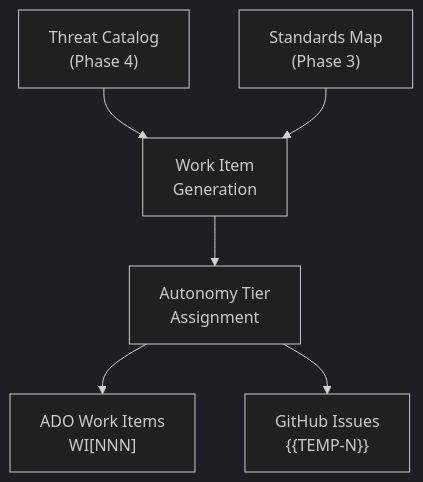
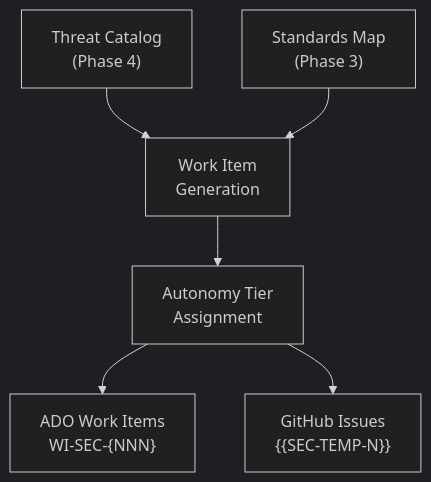
One commit to microsoft/hve-core changed the first of 2 diagrams in docs/agents/security-planning/handoff-pipeline.md. Above: the diagram before and after it, drawn with Mermaid (dark theme). The commit also changed other lines of this file and 27 other files, not shown here.

````diff
--- a/docs/agents/security-planning/handoff-pipeline.md
+++ b/docs/agents/security-planning/handoff-pipeline.md
@@ -24,8 +24,8 @@
 ```mermaid
 flowchart TD
   T["Threat Catalog<br/>(Phase 4)"] --> WI["Work Item<br/>Generation"]
   S["Standards Map<br/>(Phase 3)"] --> WI
   WI --> AT["Autonomy Tier<br/>Assignment"]
-  AT --> ADO["ADO Work Items<br/>WI[NNN]"]
-  AT --> GH["GitHub Issues<br/>{{TEMP-N}}"]
+  AT --> ADO["ADO Work Items<br/>WI-SEC-{NNN}"]
+  AT --> GH["GitHub Issues<br/>{{SEC-TEMP-N}}"]
 ```
````
